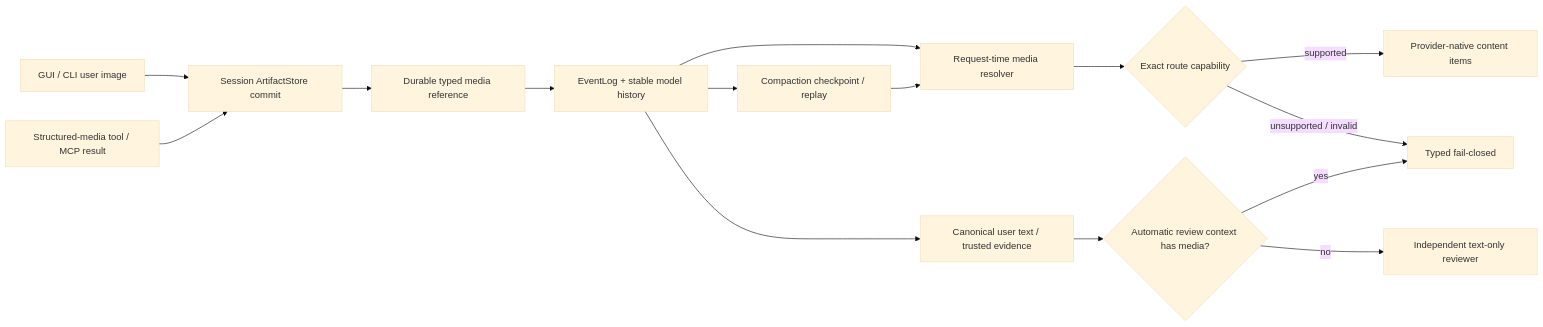
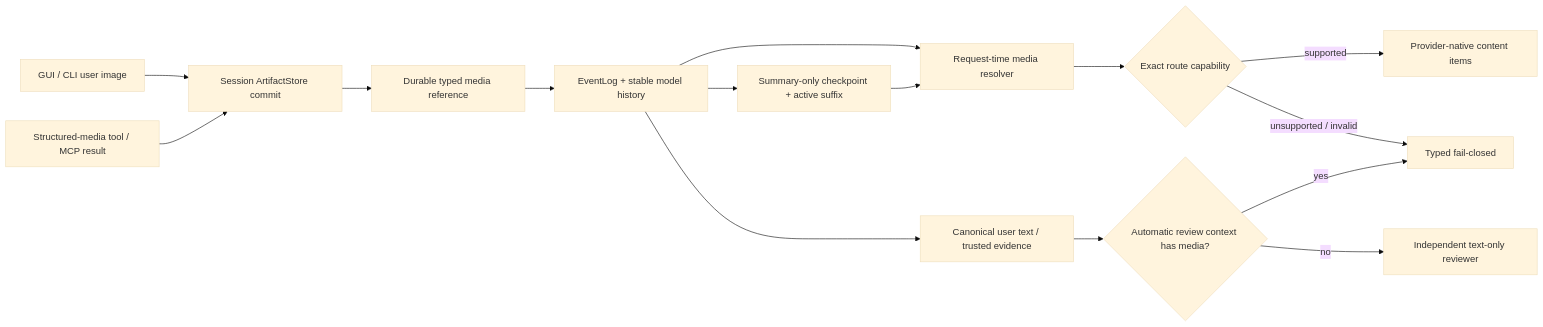
Before and after one commit to Vita0818/Intatis: the diagram in codex-report/08_09_26-13_42-durable-multimodal-context-handoff.md, drawn with Mermaid (base theme). The commit also changed other lines of this file and 106 other files, not shown here.

````diff
--- a/codex-report/08_09_26-13_42-durable-multimodal-context-handoff.md
+++ b/codex-report/08_09_26-13_42-durable-multimodal-context-handoff.md
@@ -468,17 +476,17 @@
 ```mermaid
 flowchart LR
     A["GUI / CLI user image"] --> B["Session ArtifactStore commit"]
     T["Structured-media tool / MCP result"] --> B
     B --> R["Durable typed media reference"]
     R --> E["EventLog + stable model history"]
-    E --> C["Compaction checkpoint / replay"]
+    E --> C["Summary-only checkpoint + active suffix"]
     E --> D["Request-time media resolver"]
     C --> D
     D --> G{"Exact route capability"}
     G -->|supported| W["Provider-native content items"]
     G -->|unsupported / invalid| F["Typed fail-closed"]
     E --> H["Canonical user text / trusted evidence"]
     H --> P{"Automatic review context has media?"}
     P -->|yes| F
     P -->|no| Q["Independent text-only reviewer"]
 ```
````
